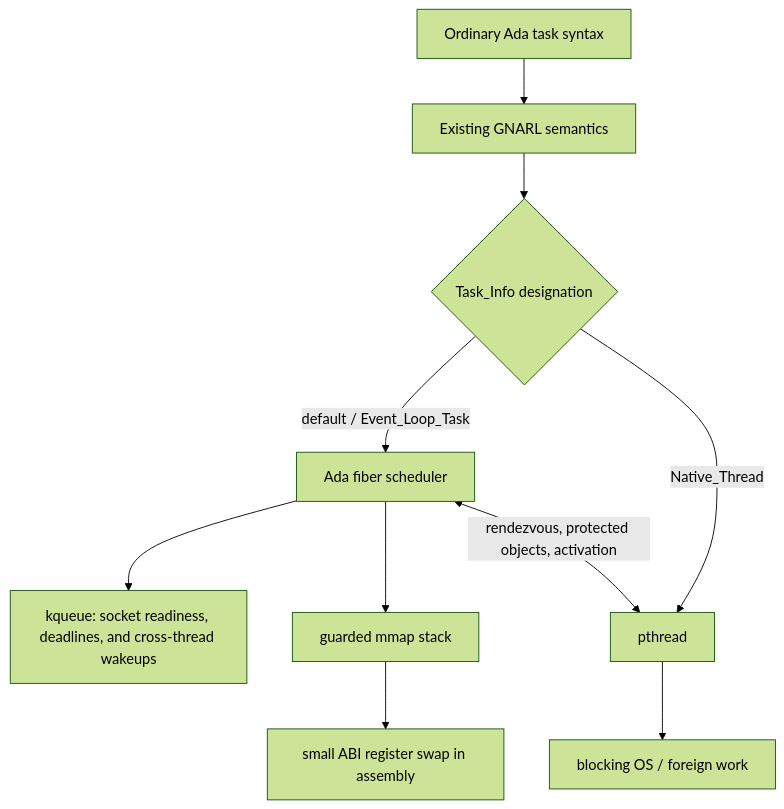
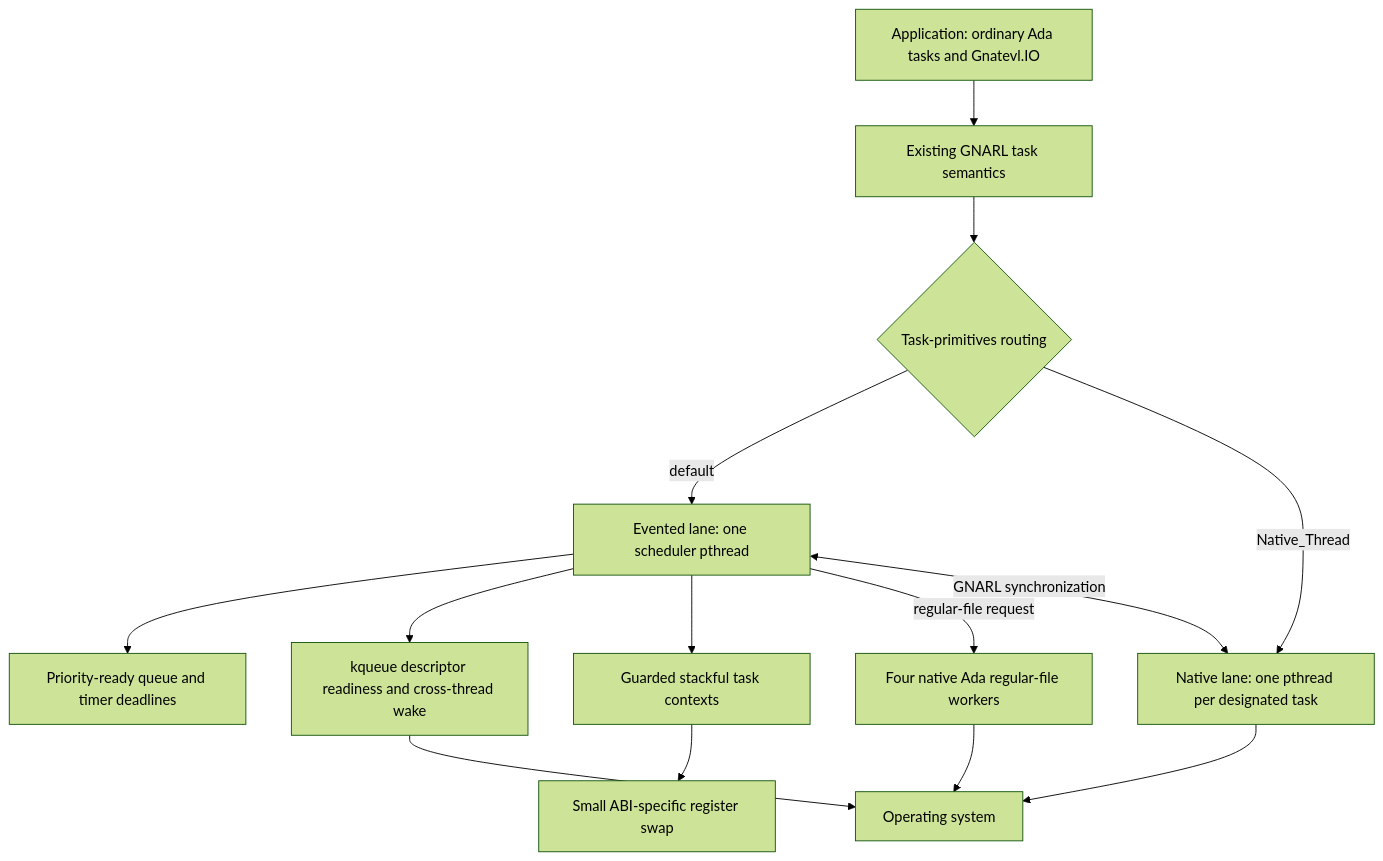
One commit to flyology-ada/flyology changed the first of 3 diagrams in README.md. Above: the diagram before and after it, drawn with Mermaid (forest theme). The commit also changed other lines of this file, not shown here.

Commit message:
Document architecture and design decisions

````diff
--- a/README.md
+++ b/README.md
@@ -40,12 +57,26 @@
 ```mermaid
-flowchart TD
-    A[Ordinary Ada task syntax] --> G[Existing GNARL semantics]
-    G --> R{Task_Info designation}
-    R -->|default / Event_Loop_Task| E[Ada fiber scheduler]
-    R -->|Native_Thread| P[pthread]
-    E --> K[kqueue: socket readiness, deadlines, and cross-thread wakeups]
-    E --> C[guarded mmap stack]
-    C --> S[small ABI register swap in assembly]
-    P --> O[blocking OS / foreign work]
-    E <-->|rendezvous, protected objects, activation| P
+flowchart TB
+    A[Application: ordinary Ada tasks and Gnatevl.IO]
+    G[Existing GNARL task semantics]
+    R{Task-primitives routing}
+    E[Evented lane: one scheduler pthread]
+    N[Native lane: one pthread per designated task]
+    Q[Priority-ready queue and timer deadlines]
+    K[kqueue descriptor readiness and cross-thread wake]
+    C[Guarded stackful task contexts]
+    X[Small ABI-specific register swap]
+    F[Four native Ada regular-file workers]
+    O[Operating system]
+
+    A --> G --> R
+    R -->|default| E
+    R -->|Native_Thread| N
+    E --> Q
+    E --> K
+    E --> C --> X
+    E -->|regular-file request| F
+    E <-->|GNARL synchronization| N
+    K --> O
+    N --> O
+    F --> O
 ```
````
